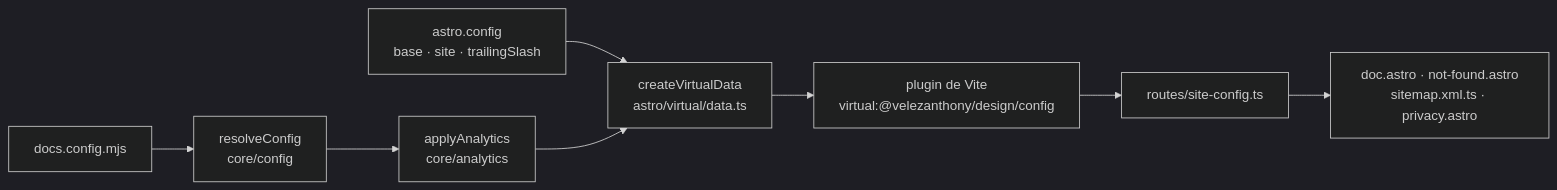
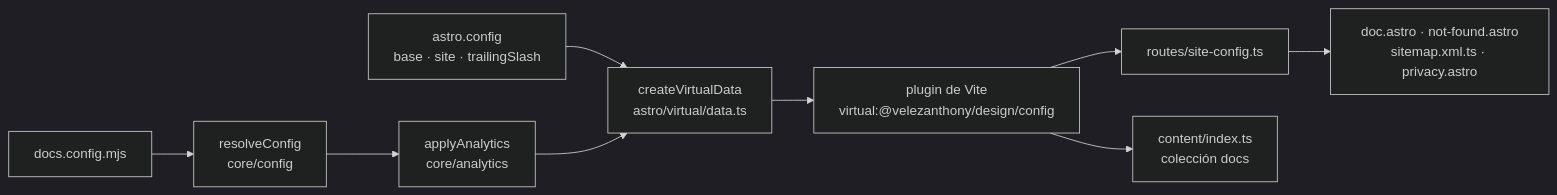
Before and after one commit to velezanthony/design: the second of 2 diagrams in docs/src/content/docs/integracion/por-dentro.md, drawn with Mermaid (dark theme). The commit also changed other lines of this file and 4 other files, not shown here.

````diff
--- a/docs/src/content/docs/integracion/por-dentro.md
+++ b/docs/src/content/docs/integracion/por-dentro.md
@@ -119,10 +131,11 @@
 ```mermaid
 flowchart LR
   cfg["docs.config.mjs"] --> rc["resolveConfig<br/>core/config"]
   rc --> aa["applyAnalytics<br/>core/analytics"]
   astro["astro.config<br/>base · site · trailingSlash"] --> vd
   aa --> vd["createVirtualData<br/>astro/virtual/data.ts"]
   vd --> vp["plugin de Vite<br/>virtual:@velezanthony/design/config"]
   vp --> sc["routes/site-config.ts"]
+  vp --> ct["content/index.ts<br/>colección docs"]
   sc --> doc["doc.astro · not-found.astro<br/>sitemap.xml.ts · privacy.astro"]
 ```
````
